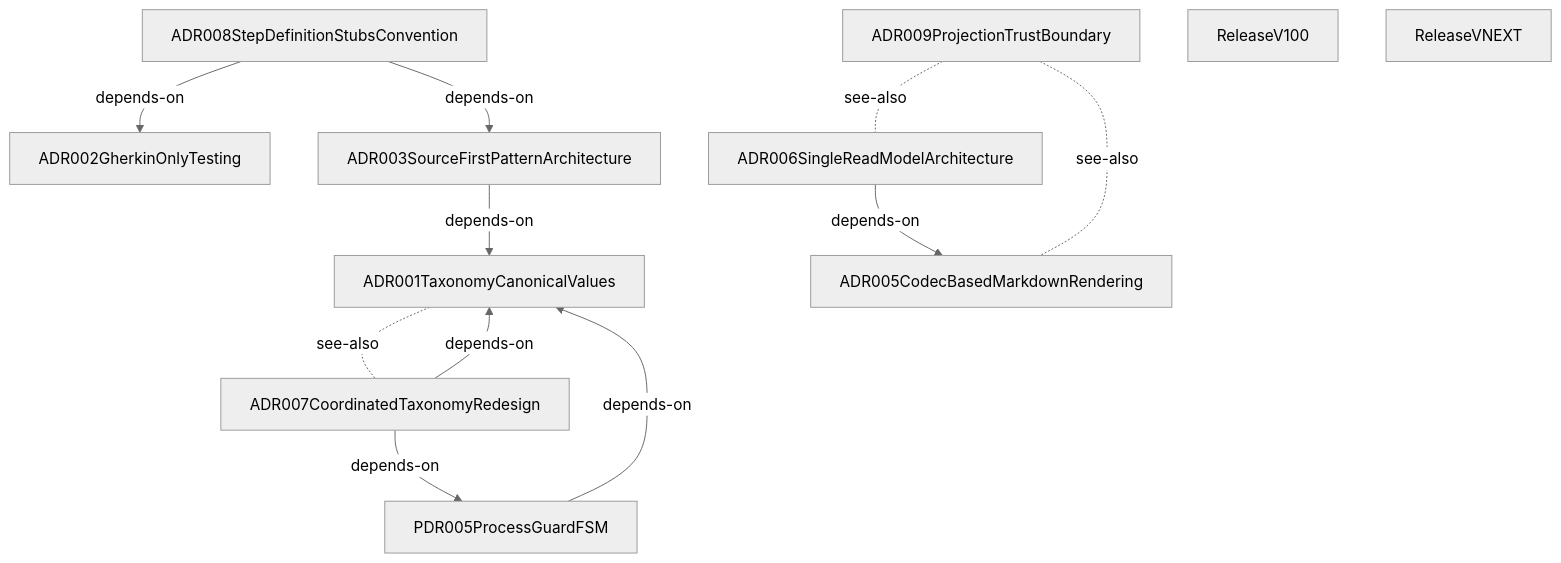
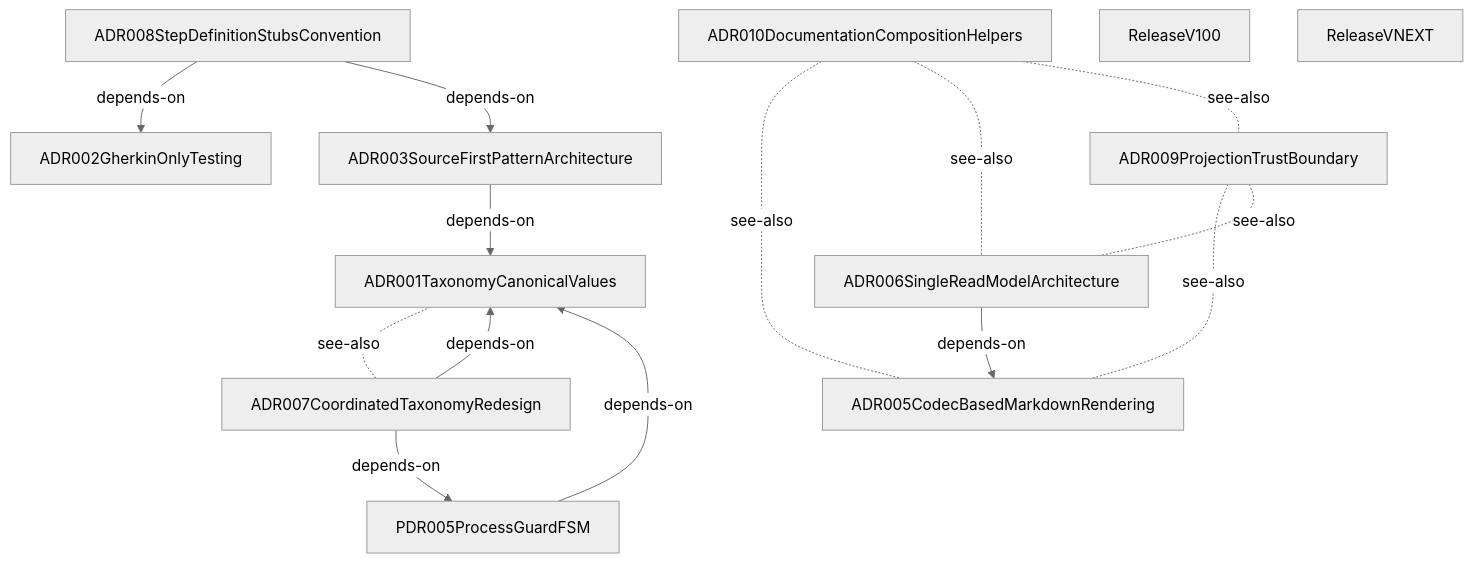
One commit to libar-dev/architect changed the seventh of 8 diagrams in docs-live/architecture/package-seam.md. Above: the diagram before and after it, drawn with Mermaid (neutral theme). The commit also changed other lines of this file and 70 other files, not shown here.

Commit message:
Establish core design of architect and foundations of muti-source projections

````diff
--- a/docs-live/architecture/package-seam.md
+++ b/docs-live/architecture/package-seam.md
@@ -246,24 +246,28 @@
 ```mermaid
 graph TD
   adr001taxonomycanonicalvalues["ADR001TaxonomyCanonicalValues"]
   adr002gherkinonlytesting["ADR002GherkinOnlyTesting"]
   adr003sourcefirstpatternarchitecture["ADR003SourceFirstPatternArchitecture"]
   adr005codecbasedmarkdownrendering["ADR005CodecBasedMarkdownRendering"]
   adr006singlereadmodelarchitecture["ADR006SingleReadModelArchitecture"]
   adr007coordinatedtaxonomyredesign["ADR007CoordinatedTaxonomyRedesign"]
   adr008stepdefinitionstubsconvention["ADR008StepDefinitionStubsConvention"]
   adr009projectiontrustboundary["ADR009ProjectionTrustBoundary"]
+  adr010documentationcompositionhelpers["ADR010DocumentationCompositionHelpers"]
   pdr005processguardfsm["PDR005ProcessGuardFSM"]
   releasev100["ReleaseV100"]
   releasevnext["ReleaseVNEXT"]
   adr001taxonomycanonicalvalues -. see-also .- adr007coordinatedtaxonomyredesign
   adr003sourcefirstpatternarchitecture -->|depends-on| adr001taxonomycanonicalvalues
   adr006singlereadmodelarchitecture -->|depends-on| adr005codecbasedmarkdownrendering
   adr007coordinatedtaxonomyredesign -->|depends-on| adr001taxonomycanonicalvalues
   adr007coordinatedtaxonomyredesign -->|depends-on| pdr005processguardfsm
   adr008stepdefinitionstubsconvention -->|depends-on| adr002gherkinonlytesting
   adr008stepdefinitionstubsconvention -->|depends-on| adr003sourcefirstpatternarchitecture
   adr009projectiontrustboundary -. see-also .- adr005codecbasedmarkdownrendering
   adr009projectiontrustboundary -. see-also .- adr006singlereadmodelarchitecture
+  adr010documentationcompositionhelpers -. see-also .- adr005codecbasedmarkdownrendering
+  adr010documentationcompositionhelpers -. see-also .- adr006singlereadmodelarchitecture
+  adr010documentationcompositionhelpers -. see-also .- adr009projectiontrustboundary
   pdr005processguardfsm -->|depends-on| adr001taxonomycanonicalvalues
 ```
````
